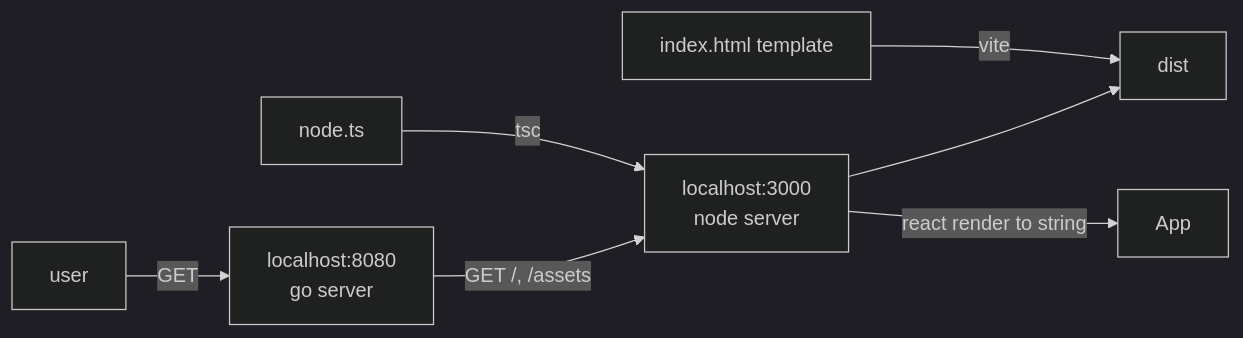
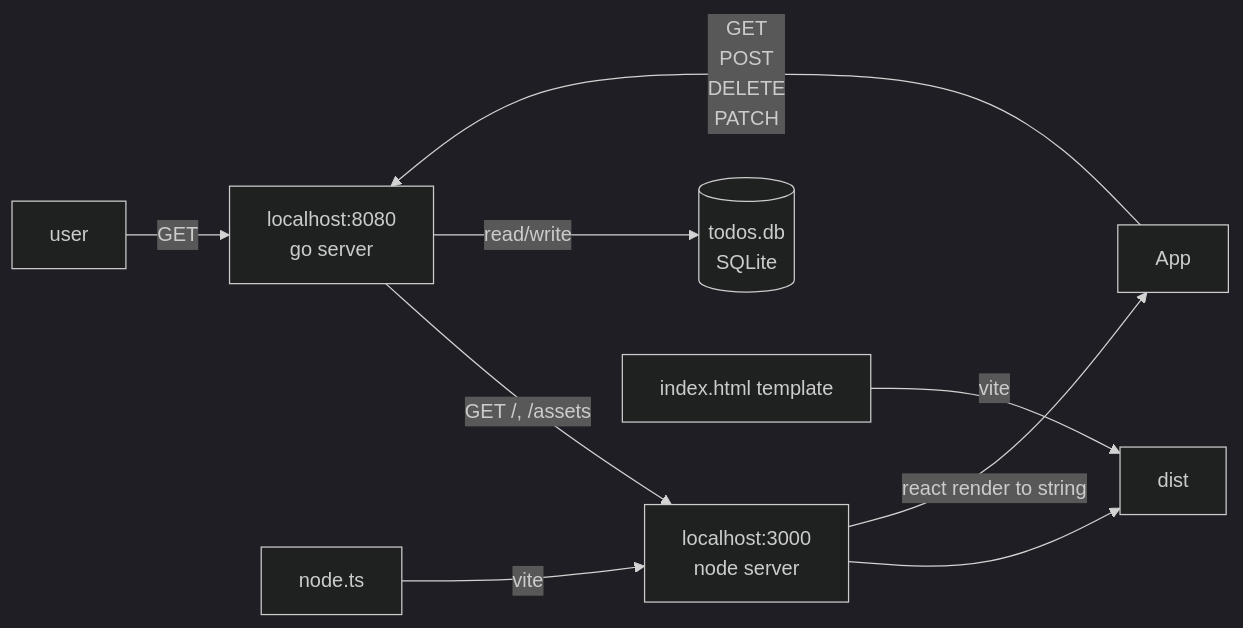
One commit to SparkCode/todo-app changed the diagram in docs/architecture.md. Above: the diagram before and after it, drawn with Mermaid (dark theme). The commit also changed 5 other files, not shown here.

````diff
--- a/docs/architecture.md
+++ b/docs/architecture.md
@@ -1,10 +1,13 @@
 ```mermaid
 graph LR;
-    A[user] -- GET --> B[localhost:8080 <br>go server]
+    A[user] -- GET--> B[localhost:8080 <br>go server]
     B -- GET /, /assets--> C[localhost:3000 <br> node server]
+    B -- read/write --> H[(todos.db <br> SQLite)]
     C --> D["dist"]
     C -- react render to string --> E["App"]
-    F[node.ts] -- tsc --> C
+    F[node.ts] -- vite --> C
+    E["App"] -- GET <br>  POST  <br> DELETE <br> PATCH --> B
     G[index.html template] -- vite--> D
 
+
 ```
````
